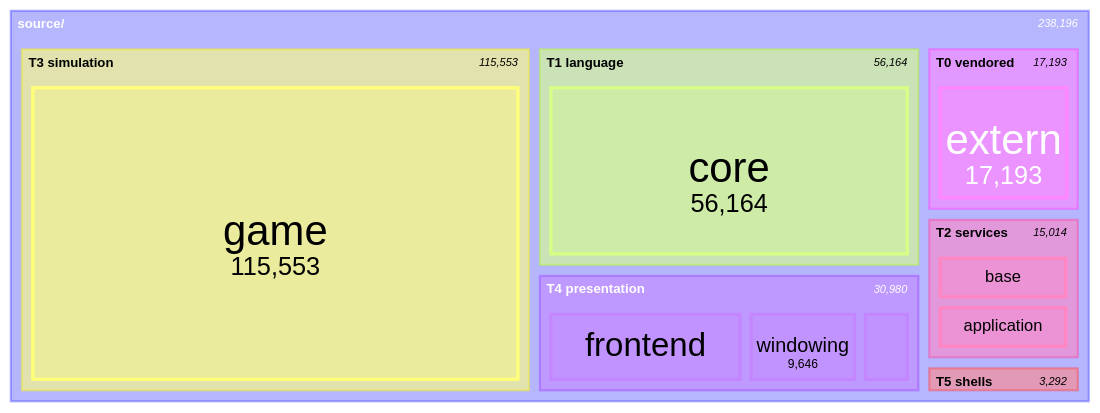
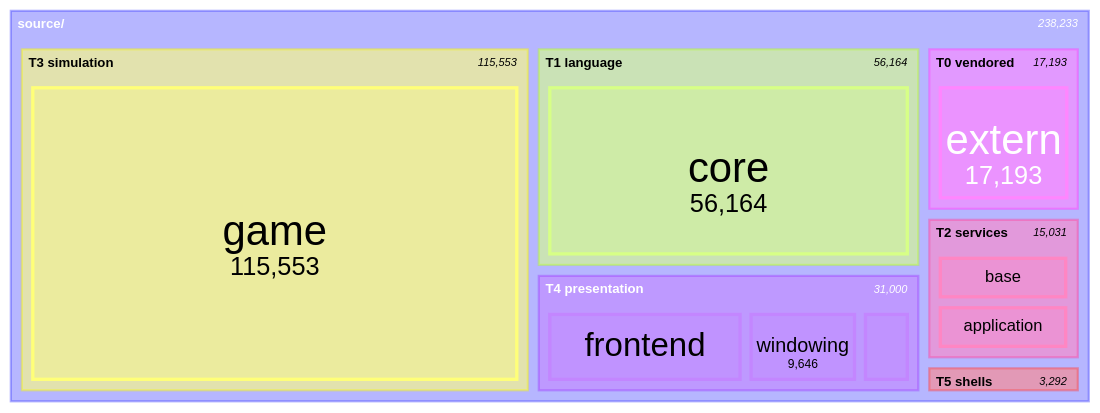
One commit to apnex/OpenStarbound changed the seventh of 11 diagrams in docs/architecture/system-boundaries.md. Above: the diagram before and after it, drawn with Mermaid. The commit also changed other lines of this file and 4 other files, not shown here.

````diff
--- a/docs/architecture/system-boundaries.md
+++ b/docs/architecture/system-boundaries.md
@@ -577,21 +577,21 @@
 ```mermaid
 treemap-beta
 "source/"
     "T0 vendored"
         "extern": 17193
     "T1 language"
         "core": 56164
     "T2 services"
         "base": 7449
-        "application": 7423
+        "application": 7440
         "platform": 142
     "T3 simulation"
         "game": 115553
     "T4 presentation"
         "frontend": 16863
         "windowing": 9646
-        "rendering": 4471
+        "rendering": 4491
     "T5 shells"
         "client": 2509
         "server": 783
 ```
````
